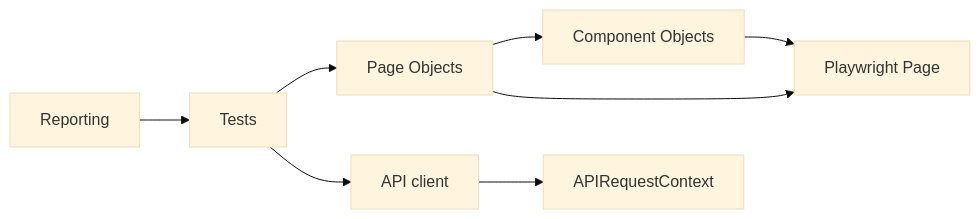
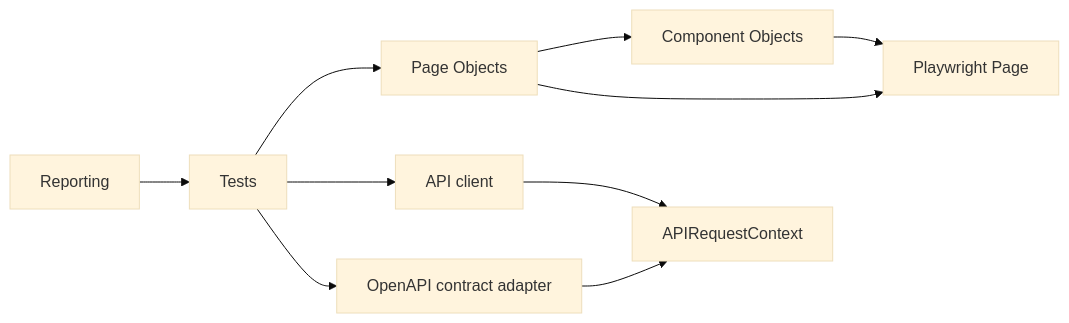
The second of 6 diagrams in docs/ARCHITECTURE.md (zvasdfg/lumbre-playwright-python), drawn with Mermaid (base theme) before and after one commit. The commit also changed other lines of this file and 6 other files, not shown here.

````diff
--- a/docs/ARCHITECTURE.md
+++ b/docs/ARCHITECTURE.md
@@ -79,10 +85,12 @@
 ```mermaid
 flowchart LR
     Tests --> PageObjects[Page Objects]
     Tests --> ApiClient[API client]
+    Tests --> ContractAdapter[OpenAPI contract adapter]
     PageObjects --> Components[Component Objects]
     PageObjects --> PlaywrightPage[Playwright Page]
     Components --> PlaywrightPage
     ApiClient --> APIRequestContext
+    ContractAdapter --> APIRequestContext
     Reporting --> Tests
 ```
````
